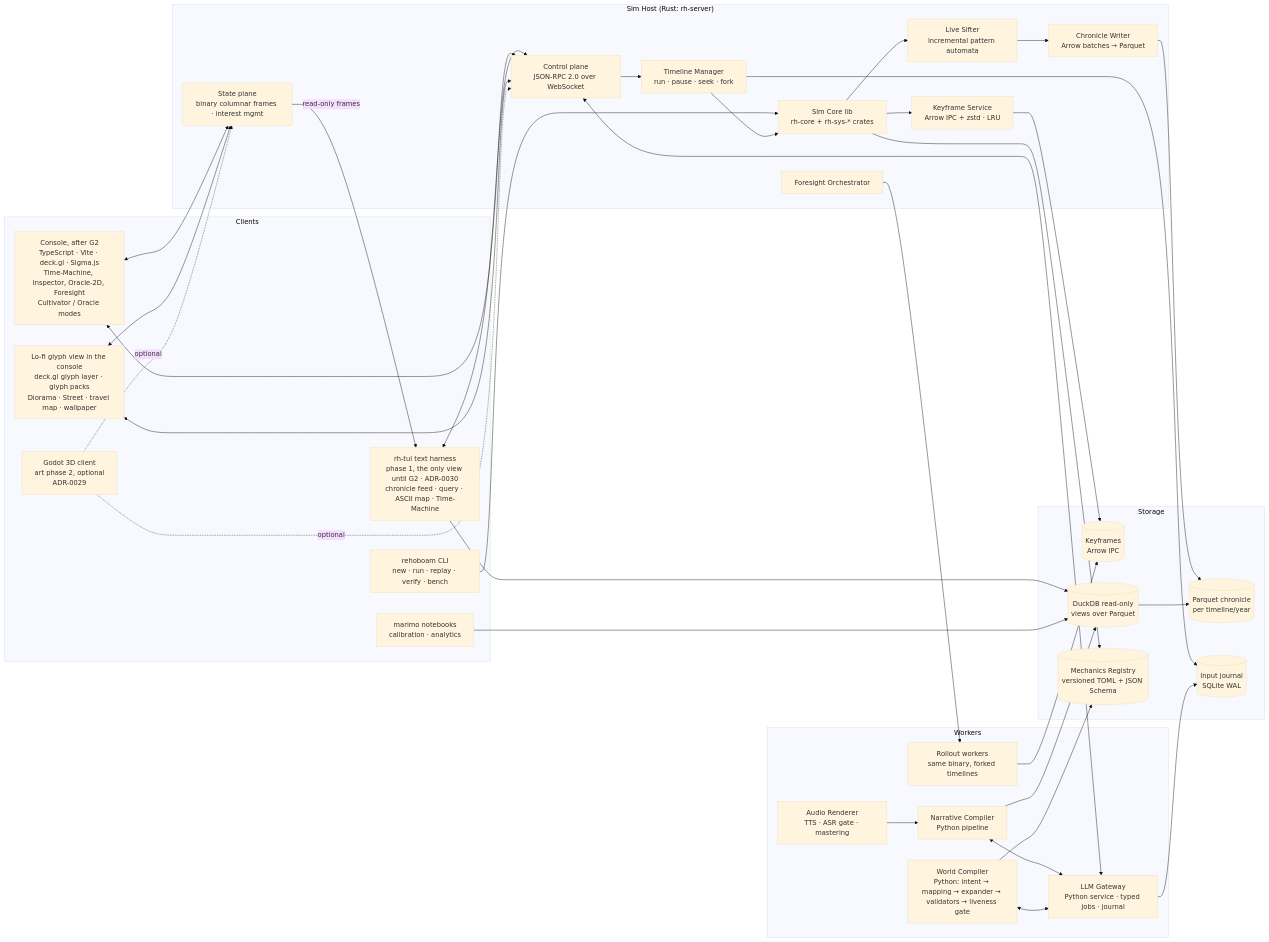
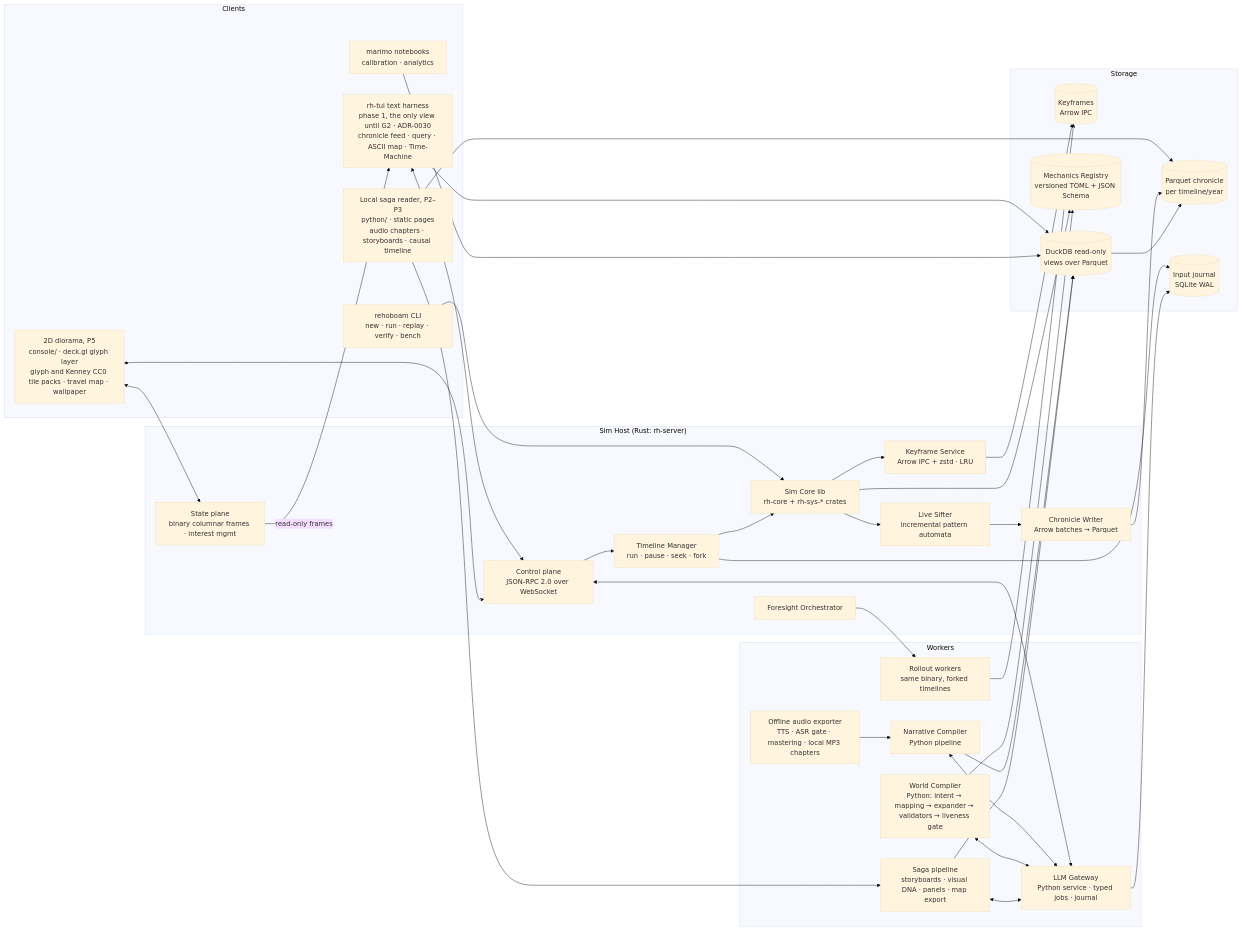
The second of 3 diagrams in docs/05_architecture/05.0_overview.md (BigRigVibeCoder/Rehoboam), drawn with Mermaid (base theme) before and after one commit. The commit also changed other lines of this file and 40 other files, not shown here.

````diff
--- a/docs/05_architecture/05.0_overview.md
+++ b/docs/05_architecture/05.0_overview.md
@@ -68,61 +70,61 @@
 ```mermaid
 flowchart LR
   subgraph Clients
     TUI[rh-tui text harness<br/>phase 1, the only view until G2 · ADR-0030<br/>chronicle feed · query · ASCII map · Time-Machine]
-    CON[Console, after G2<br/>TypeScript · Vite · deck.gl · Sigma.js<br/>Time-Machine, Inspector, Oracle-2D, Foresight<br/>Cultivator / Oracle modes]
-    GLY[Lo-fi glyph view in the console<br/>deck.gl glyph layer · glyph packs<br/>Diorama · Street · travel map · wallpaper]
-    GOD[Godot 3D client<br/>art phase 2, optional<br/>ADR-0029]
+    RDR[Local saga reader, P2–P3<br/>python/ · static pages<br/>audio chapters · storyboards · causal timeline]
+    GLY[2D diorama, P5<br/>console/ · deck.gl glyph layer<br/>glyph and Kenney CC0 tile packs · travel map · wallpaper]
     CLI[rehoboam CLI<br/>new · run · replay · verify · bench]
     NB[marimo notebooks<br/>calibration · analytics]
   end
   subgraph Host["Sim Host (Rust: rh-server)"]
     API[Control plane<br/>JSON-RPC 2.0 over WebSocket]
     STR[State plane<br/>binary columnar frames · interest mgmt]
     TL[Timeline Manager<br/>run · pause · seek · fork]
     CORE[Sim Core lib<br/>rh-core + rh-sys-* crates]
     SIFT[Live Sifter<br/>incremental pattern automata]
     CW[Chronicle Writer<br/>Arrow batches → Parquet]
     KF[Keyframe Service<br/>Arrow IPC + zstd · LRU]
     FS[Foresight Orchestrator]
   end
   subgraph Workers
     RW[Rollout workers<br/>same binary, forked timelines]
     LG[LLM Gateway<br/>Python service · typed jobs · journal]
     NC[Narrative Compiler<br/>Python pipeline]
     WC[World Compiler<br/>Python: intent → mapping → expander → validators → liveness gate]
-    AR[Audio Renderer<br/>TTS · ASR gate · mastering]
+    AR[Offline audio exporter<br/>TTS · ASR gate · mastering · local MP3 chapters]
+    SP[Saga pipeline<br/>storyboards · visual DNA · panels · map export]
   end
   subgraph Storage
     PQ[(Parquet chronicle<br/>per timeline/year)]
     KFS[(Keyframes<br/>Arrow IPC)]
     JR[(Input journal<br/>SQLite WAL)]
     DDB[(DuckDB read-only<br/>views over Parquet)]
     REG[(Mechanics Registry<br/>versioned TOML + JSON Schema)]
   end
   TUI <--> API
   STR -- read-only frames --> TUI
   TUI --> DDB
-  CON <--> API
-  CON <--> STR
+  RDR --> PQ
   GLY <--> API
   GLY <--> STR
-  GOD -.optional.-> API
-  GOD -.optional.-> STR
   CLI --> CORE
   NB --> DDB
   API --> TL --> CORE
   CORE --> SIFT --> CW --> PQ
   CORE --> KF --> KFS
   TL --> JR
   FS --> RW
   RW --> KFS
   API <--> LG
   LG --> JR
   NC --> DDB
   NC <--> LG
   WC <--> LG
   WC --> REG
   CORE --> REG
   AR --> NC
+  SP --> DDB
+  SP <--> LG
+  RDR --> SP
   DDB --> PQ
 ```
````
